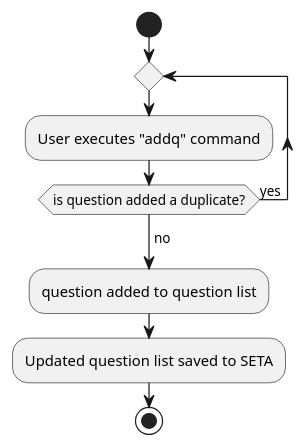
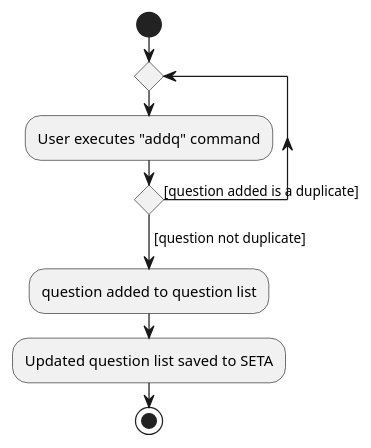
The diagram in docs/diagrams/AddQActivityDiagram.puml (nus-cs2103-AY2223S1/tp), drawn with PlantUML before and after one commit. The commit also changed 7 other files, not shown here.

```diff
--- a/docs/diagrams/AddQActivityDiagram.puml
+++ b/docs/diagrams/AddQActivityDiagram.puml
@@ -1,16 +1,16 @@
 @startuml
 start
 
 'Since the beta syntax does not support placing the condition outside the
 'diamond we place it as the true branch instead.
 repeat
 :User executes "addq" command;
-repeat while (is question added a duplicate?) is (yes)
--> no;
+repeat while () is ([question added is a duplicate])
+-> [question not duplicate];
 
 :question added to question list;
 
 :Updated question list saved to SETA;
 
 stop
 @enduml
```
